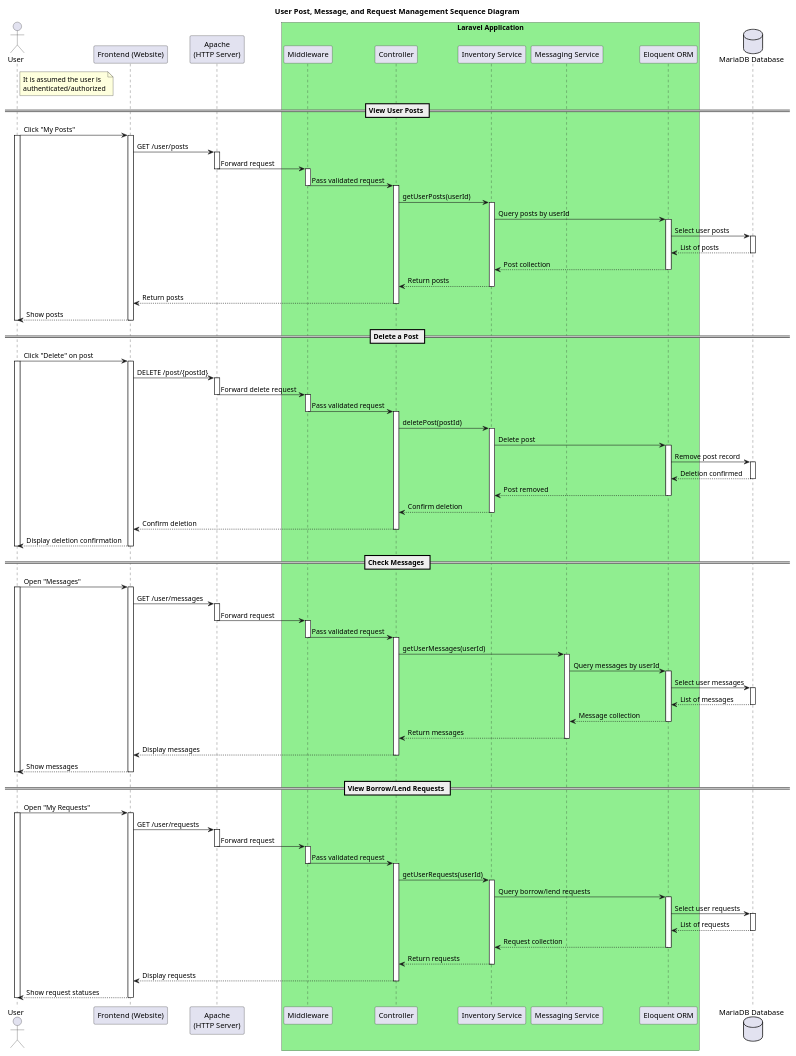
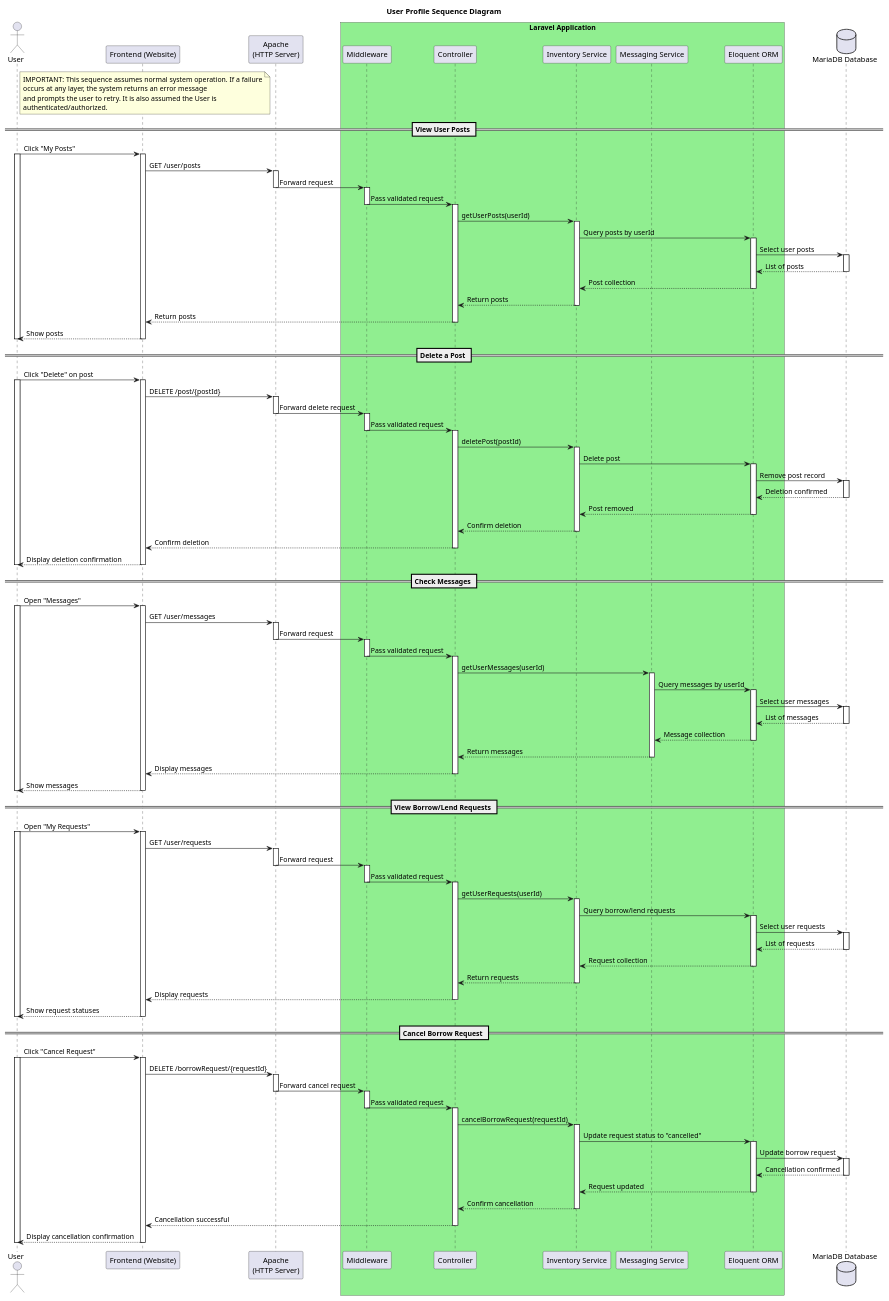
The diagram in sequenceDiagrams/User_Profile_Sequence_Diagram.puml (JanPerez35/PlantUML), drawn with PlantUML before and after one commit. The commit also changed 19 other files, not shown here.

Commit message:
Sequence Fixed

```diff
--- a/sequenceDiagrams/User_Profile_Sequence_Diagram.puml
+++ b/sequenceDiagrams/User_Profile_Sequence_Diagram.puml
@@ -1,161 +1,200 @@
 @startuml
 
-title User Post, Message, and Request Management Sequence Diagram
+title User Profile Sequence Diagram
 
 actor User
 
 participant "Frontend (Website)" as FE
 participant "Apache\n(HTTP Server)" as Apache
 
 box "Laravel Application" #LightGreen
   participant "Middleware" as MW
   participant "Controller" as C
   participant "Inventory Service" as Service
   participant "Messaging Service" as MessageService
   participant "Eloquent ORM" as ORM
 end box
 
 database "MariaDB Database" as DB
 
 note right of User
-It is assumed the user is
-authenticated/authorized
+IMPORTANT: This sequence assumes normal system operation. If a failure
+occurs at any layer, the system returns an error message
+and prompts the user to retry. It is also assumed the User is
+authenticated/authorized.
 end note
 
 == View User Posts ==
 User -> FE: Click "My Posts"
 activate User
 activate FE
 
 FE -> Apache: GET /user/posts
 activate Apache
 Apache -> MW: Forward request
 deactivate Apache
 
 activate MW
 MW -> C: Pass validated request
 deactivate MW
 
 activate C
 C -> Service: getUserPosts(userId)
 activate Service
 Service -> ORM: Query posts by userId
 activate ORM
 ORM -> DB: Select user posts
 activate DB
 DB --> ORM: List of posts
 deactivate DB
 ORM --> Service: Post collection
 deactivate ORM
 Service --> C: Return posts
 deactivate Service
 C --> FE: Return posts
 deactivate C
 
 FE --> User: Show posts
 deactivate FE
 deactivate User
 
 == Delete a Post ==
 User -> FE: Click "Delete" on post
 activate User
 activate FE
 
 FE -> Apache: DELETE /post/{postId}
 activate Apache
 Apache -> MW: Forward delete request
 deactivate Apache
 
 activate MW
 MW -> C: Pass validated request
 deactivate MW
 
 activate C
 C -> Service: deletePost(postId)
 activate Service
 Service -> ORM: Delete post
 activate ORM
 ORM -> DB: Remove post record
 activate DB
 DB --> ORM: Deletion confirmed
 deactivate DB
 ORM --> Service: Post removed
 deactivate ORM
 Service --> C: Confirm deletion
 deactivate Service
 C --> FE: Confirm deletion
 deactivate C
 
 FE --> User: Display deletion confirmation
 deactivate FE
 deactivate User
 
 == Check Messages ==
 User -> FE: Open "Messages"
 activate User
 activate FE
 
 FE -> Apache: GET /user/messages
 activate Apache
 Apache -> MW: Forward request
 deactivate Apache
 
 activate MW
 MW -> C: Pass validated request
 deactivate MW
 
 activate C
 C -> MessageService: getUserMessages(userId)
 activate MessageService
 MessageService -> ORM: Query messages by userId
 activate ORM
 ORM -> DB: Select user messages
 activate DB
 DB --> ORM: List of messages
 deactivate DB
 ORM --> MessageService: Message collection
 deactivate ORM
 MessageService --> C: Return messages
 deactivate MessageService
 C --> FE: Display messages
 deactivate C
 
 FE --> User: Show messages
 deactivate FE
 deactivate User
 
 == View Borrow/Lend Requests ==
 User -> FE: Open "My Requests"
 activate User
 activate FE
 
 FE -> Apache: GET /user/requests
 activate Apache
 Apache -> MW: Forward request
 deactivate Apache
 
 activate MW
 MW -> C: Pass validated request
 deactivate MW
 
 activate C
 C -> Service: getUserRequests(userId)
 activate Service
 Service -> ORM: Query borrow/lend requests
 activate ORM
 ORM -> DB: Select user requests
 activate DB
 DB --> ORM: List of requests
 deactivate DB
 ORM --> Service: Request collection
 deactivate ORM
 Service --> C: Return requests
 deactivate Service
 C --> FE: Display requests
 deactivate C
 
 FE --> User: Show request statuses
 deactivate FE
 deactivate User
 
+== Cancel Borrow Request ==
+User -> FE: Click "Cancel Request"
+activate User
+activate FE
+
+FE -> Apache: DELETE /borrowRequest/{requestId}
+activate Apache
+Apache -> MW: Forward cancel request
+deactivate Apache
+
+activate MW
+MW -> C: Pass validated request
+deactivate MW
+
+activate C
+C -> Service: cancelBorrowRequest(requestId)
+activate Service
+
+Service -> ORM: Update request status to "cancelled"
+activate ORM
+ORM -> DB: Update borrow request
+activate DB
+DB --> ORM: Cancellation confirmed
+deactivate DB
+
+ORM --> Service: Request updated
+deactivate ORM
+
+Service --> C: Confirm cancellation
+deactivate Service
+C --> FE: Cancellation successful
+deactivate C
+
+FE --> User: Display cancellation confirmation
+deactivate FE
+deactivate User
+
 @enduml
```
